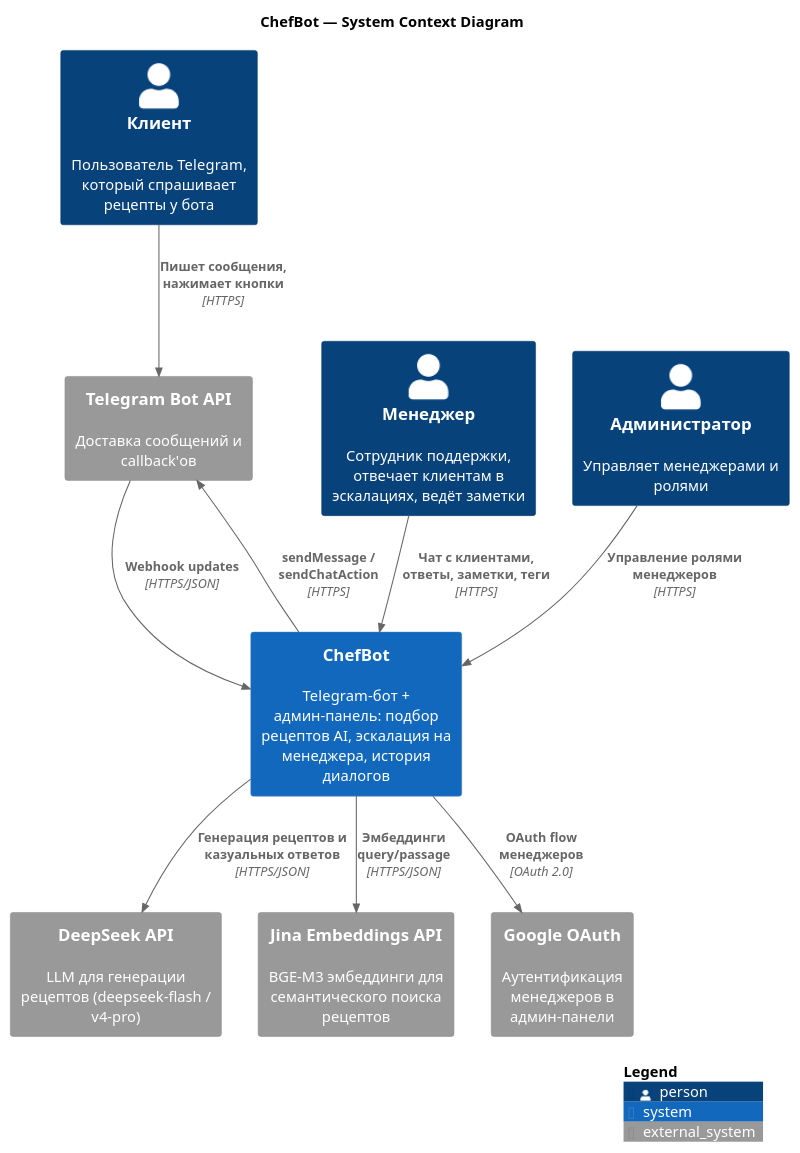
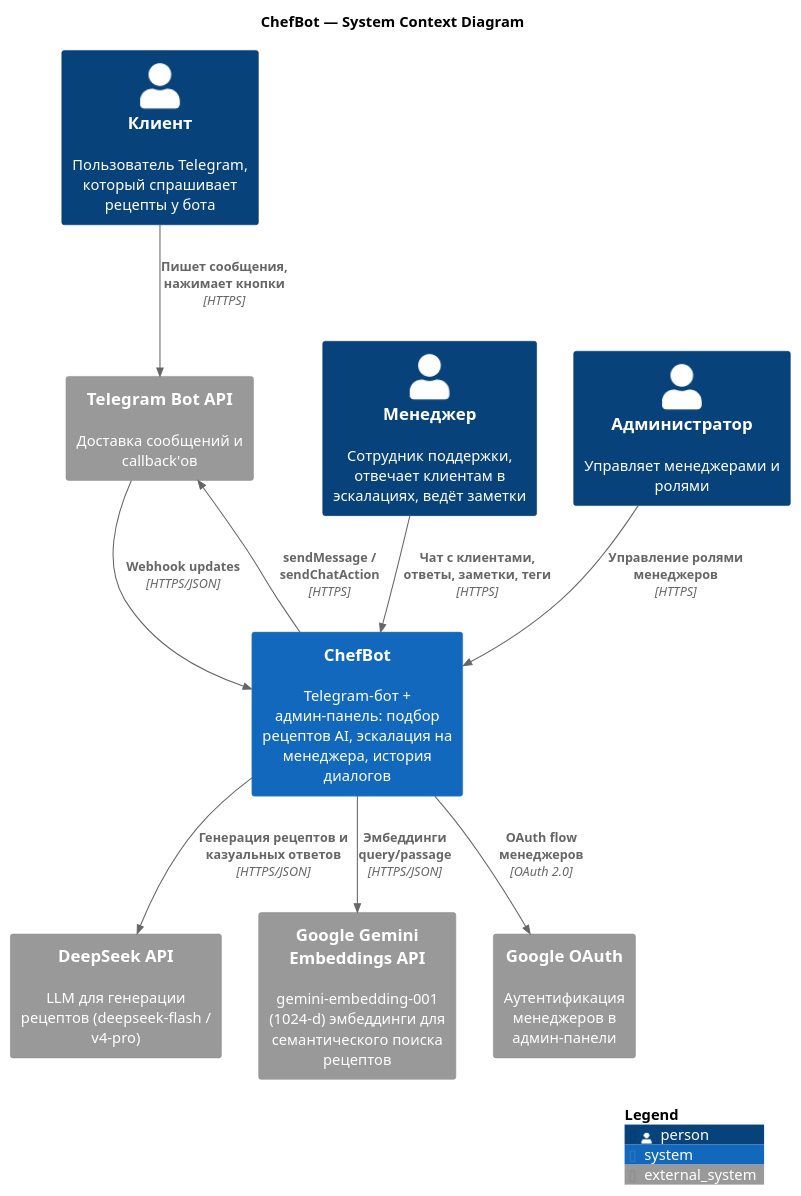
Before and after one commit to Uladzislau25/vibecoding: the diagram in docs/c4-context.puml, drawn with PlantUML. The commit also changed 6 other files, not shown here.

Commit message:
docs(architecture): sync diagrams and SRS with Gemini embeddings, 0.80 threshold and FSD webhook structure

```diff
--- a/docs/c4-context.puml
+++ b/docs/c4-context.puml
@@ -1,29 +1,29 @@
 @startuml C4-Context
 !include https://raw.githubusercontent.com/plantuml-stdlib/C4-PlantUML/master/C4_Context.puml
 
 title ChefBot — System Context Diagram
 
 Person(client, "Клиент", "Пользователь Telegram, который спрашивает рецепты у бота")
 Person(manager, "Менеджер", "Сотрудник поддержки, отвечает клиентам в эскалациях, ведёт заметки")
 Person(admin, "Администратор", "Управляет менеджерами и ролями")
 
 System(chefbot, "ChefBot", "Telegram-бот + админ-панель: подбор рецептов AI, эскалация на менеджера, история диалогов")
 
 System_Ext(telegram, "Telegram Bot API", "Доставка сообщений и callback'ов")
 System_Ext(deepseek, "DeepSeek API", "LLM для генерации рецептов (deepseek-flash / v4-pro)")
-System_Ext(jina, "Jina Embeddings API", "BGE-M3 эмбеддинги для семантического поиска рецептов")
+System_Ext(gemini, "Google Gemini Embeddings API", "gemini-embedding-001 (1024-d) эмбеддинги для семантического поиска рецептов")
 System_Ext(google, "Google OAuth", "Аутентификация менеджеров в админ-панели")
 
 Rel(client, telegram, "Пишет сообщения, нажимает кнопки", "HTTPS")
 Rel(telegram, chefbot, "Webhook updates", "HTTPS/JSON")
 Rel(chefbot, telegram, "sendMessage / sendChatAction", "HTTPS")
 
 Rel(manager, chefbot, "Чат с клиентами, ответы, заметки, теги", "HTTPS")
 Rel(admin, chefbot, "Управление ролями менеджеров", "HTTPS")
 
 Rel(chefbot, deepseek, "Генерация рецептов и казуальных ответов", "HTTPS/JSON")
-Rel(chefbot, jina, "Эмбеддинги query/passage", "HTTPS/JSON")
+Rel(chefbot, gemini, "Эмбеддинги query/passage", "HTTPS/JSON")
 Rel(chefbot, google, "OAuth flow менеджеров", "OAuth 2.0")
 
 SHOW_LEGEND()
 @enduml
```
